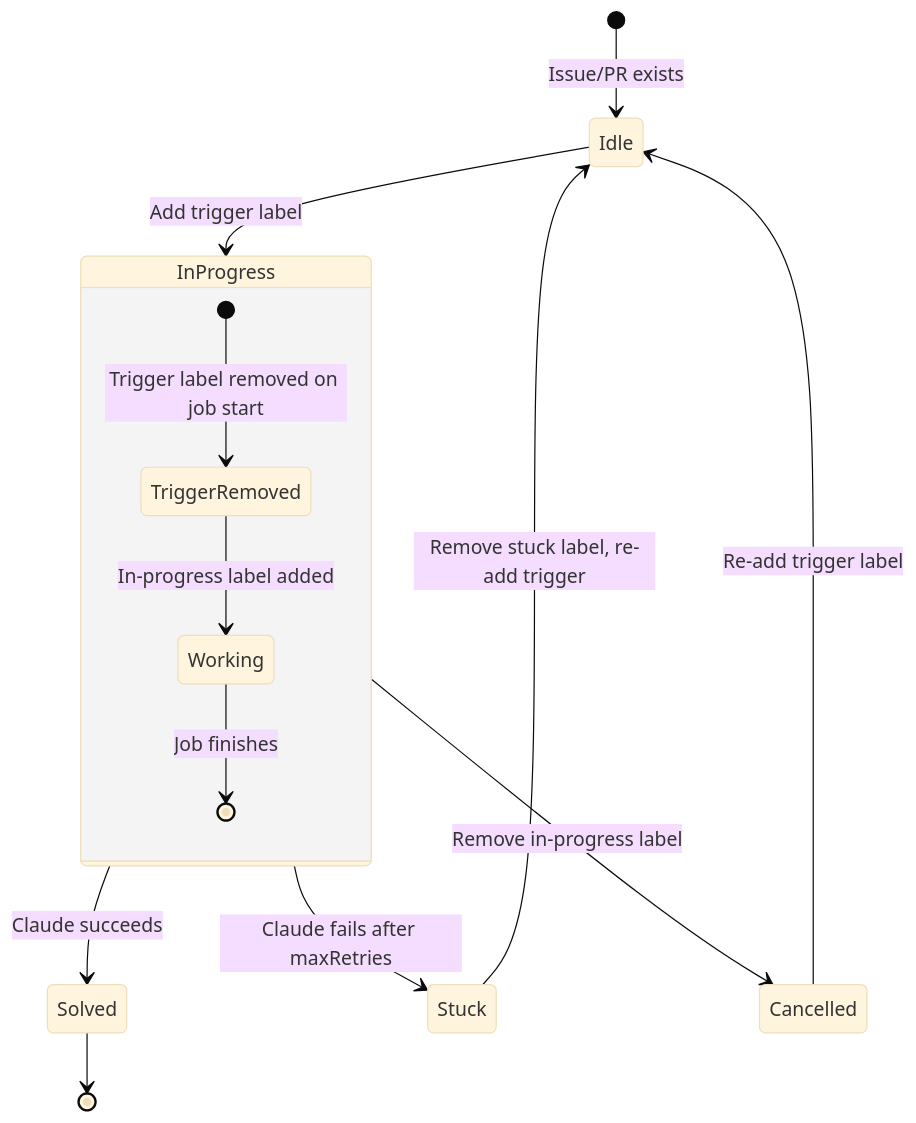
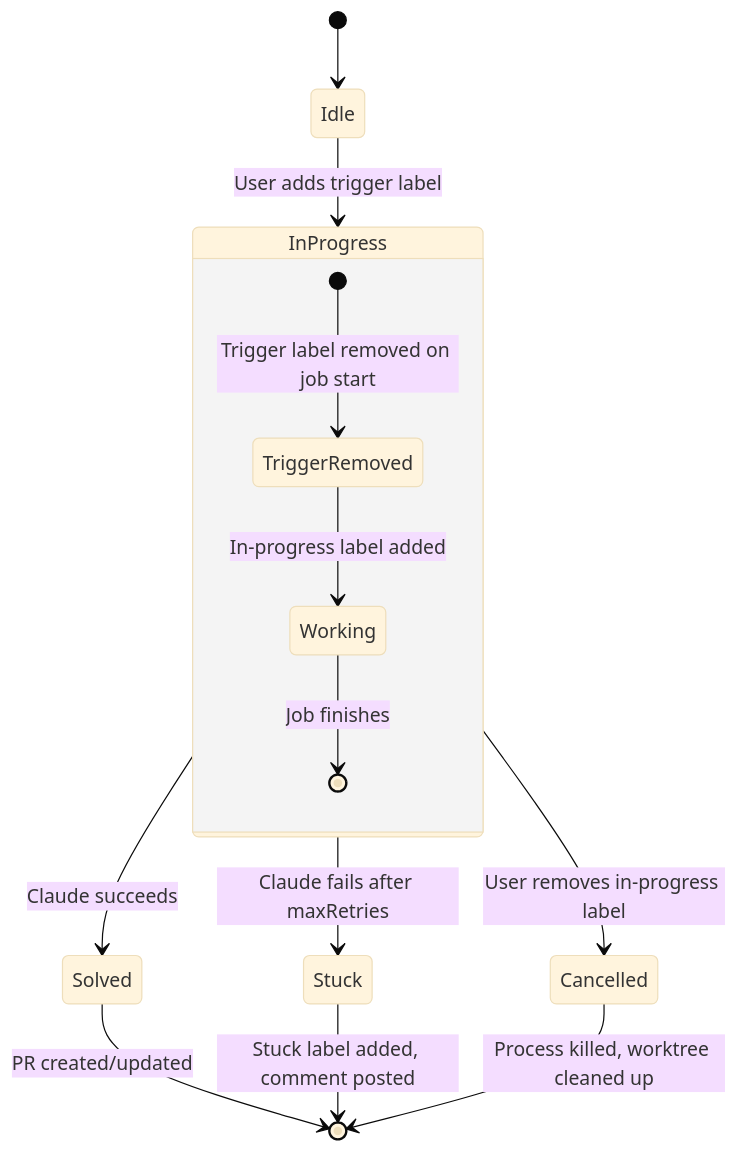
The diagram in docs/usage.md (anstapol/doobee), drawn with Mermaid (base theme) before and after one commit. The commit also changed other lines of this file, not shown here.

Commit message:
Fix label lifecycle diagram: stuck and cancelled are terminal states

````diff
--- a/docs/usage.md
+++ b/docs/usage.md
@@ -57,19 +57,19 @@
 ```mermaid
 stateDiagram-v2
-    [*] --> Idle: Issue/PR exists
+    [*] --> Idle
 
-    Idle --> InProgress: Add trigger label
+    Idle --> InProgress: User adds trigger label
     InProgress --> Solved: Claude succeeds
     InProgress --> Stuck: Claude fails after maxRetries
-    InProgress --> Cancelled: Remove in-progress label
+    InProgress --> Cancelled: User removes in-progress label
 
-    Solved --> [*]
-    Stuck --> Idle: Remove stuck label, re-add trigger
-    Cancelled --> Idle: Re-add trigger label
+    Solved --> [*]: PR created/updated
+    Stuck --> [*]: Stuck label added, comment posted
+    Cancelled --> [*]: Process killed, worktree cleaned up
 
     state InProgress {
         [*] --> TriggerRemoved: Trigger label removed on job start
         TriggerRemoved --> Working: In-progress label added
         Working --> [*]: Job finishes
     }
 ```
````
